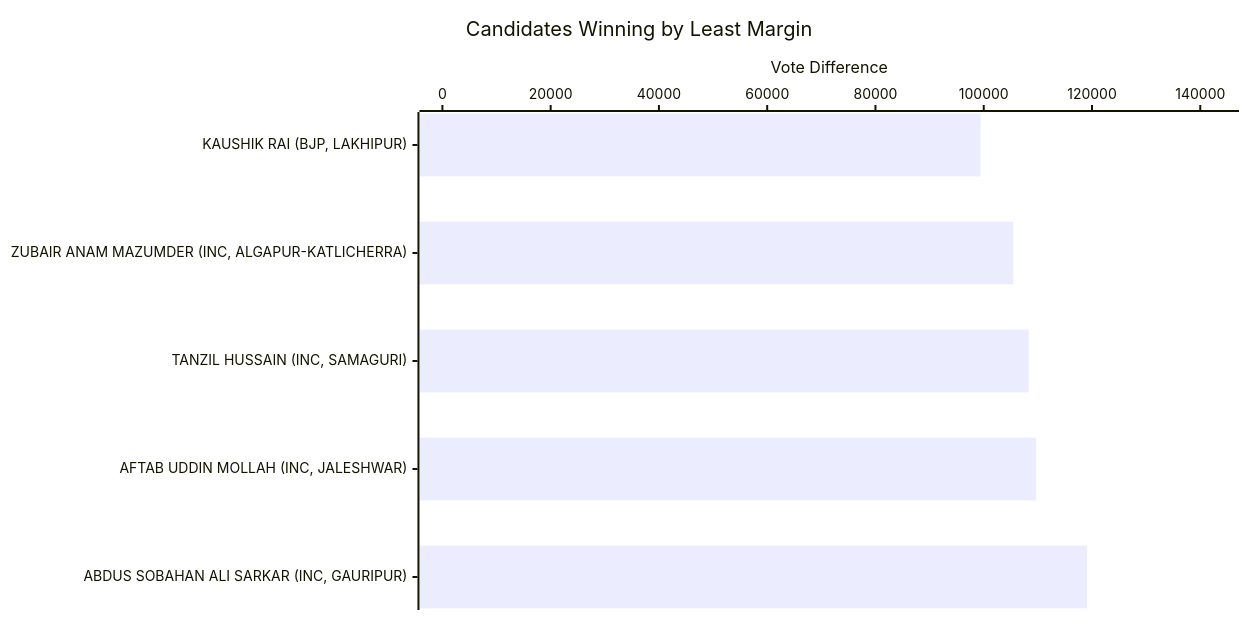
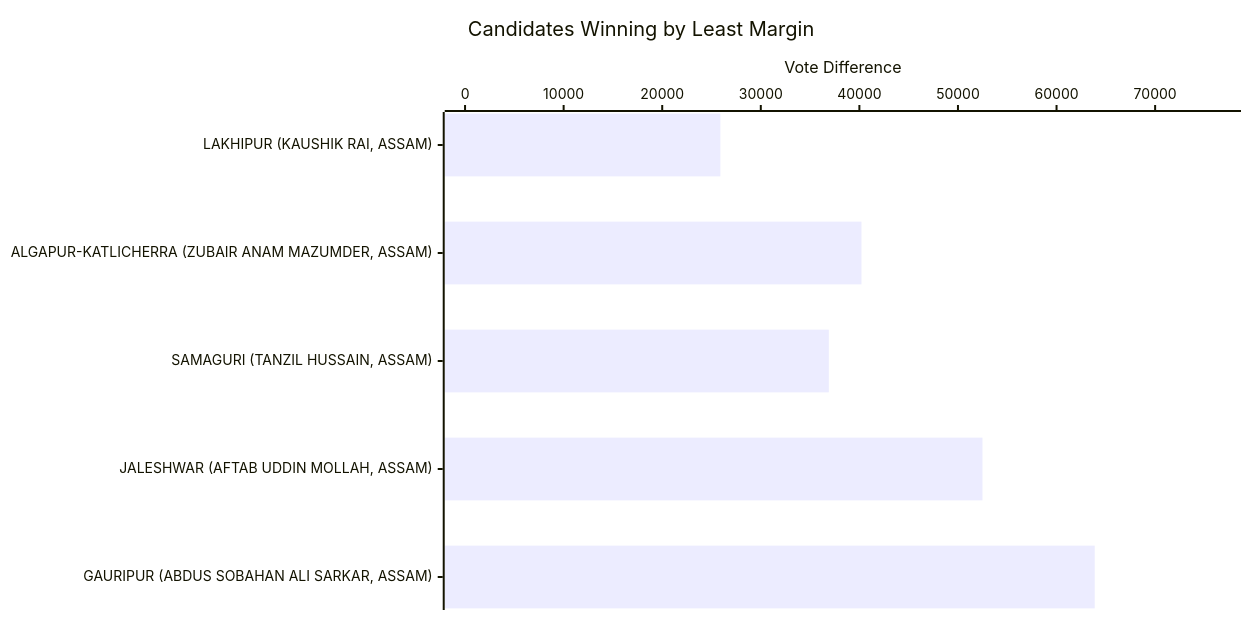
Before and after one commit to arjunswaj/elections: the sixth of 23 diagrams in result/ASSAM/Assam-GRAPH.md, drawn with Mermaid. The commit also changed other lines of this file and 64 other files, not shown here.

````diff
--- a/result/ASSAM/Assam-GRAPH.md
+++ b/result/ASSAM/Assam-GRAPH.md
@@ -158,17 +158,17 @@
 ```mermaid
 ---
 config:
   xyChart:
     width: 1200
     height: 600
     chartOrientation: horizontal
   dataLabels:
     enabled: true
     placement: end
 ---
 xychart-beta
 title "Candidates Winning by Least Margin"
-x-axis ["KAUSHIK RAI (BJP, LAKHIPUR)", "ZUBAIR ANAM MAZUMDER (INC, ALGAPUR-KATLICHERRA)", "TANZIL HUSSAIN (INC, SAMAGURI)", "AFTAB UDDIN MOLLAH (INC, JALESHWAR)", "ABDUS SOBAHAN ALI SARKAR (INC, GAURIPUR)"]
-y-axis "Vote Difference" 0 --> 142916
-bar [99401, 105448, 108310, 109688, 119097]
+x-axis ["LAKHIPUR (KAUSHIK RAI, ASSAM)", "ALGAPUR-KATLICHERRA (ZUBAIR ANAM MAZUMDER, ASSAM)", "SAMAGURI (TANZIL HUSSAIN, ASSAM)", "JALESHWAR (AFTAB UDDIN MOLLAH, ASSAM)", "GAURIPUR (ABDUS SOBAHAN ALI SARKAR, ASSAM)"]
+y-axis "Vote Difference" 0 --> 76648
+bar [25901, 40213, 36902, 52486, 63874]
 ```
````
